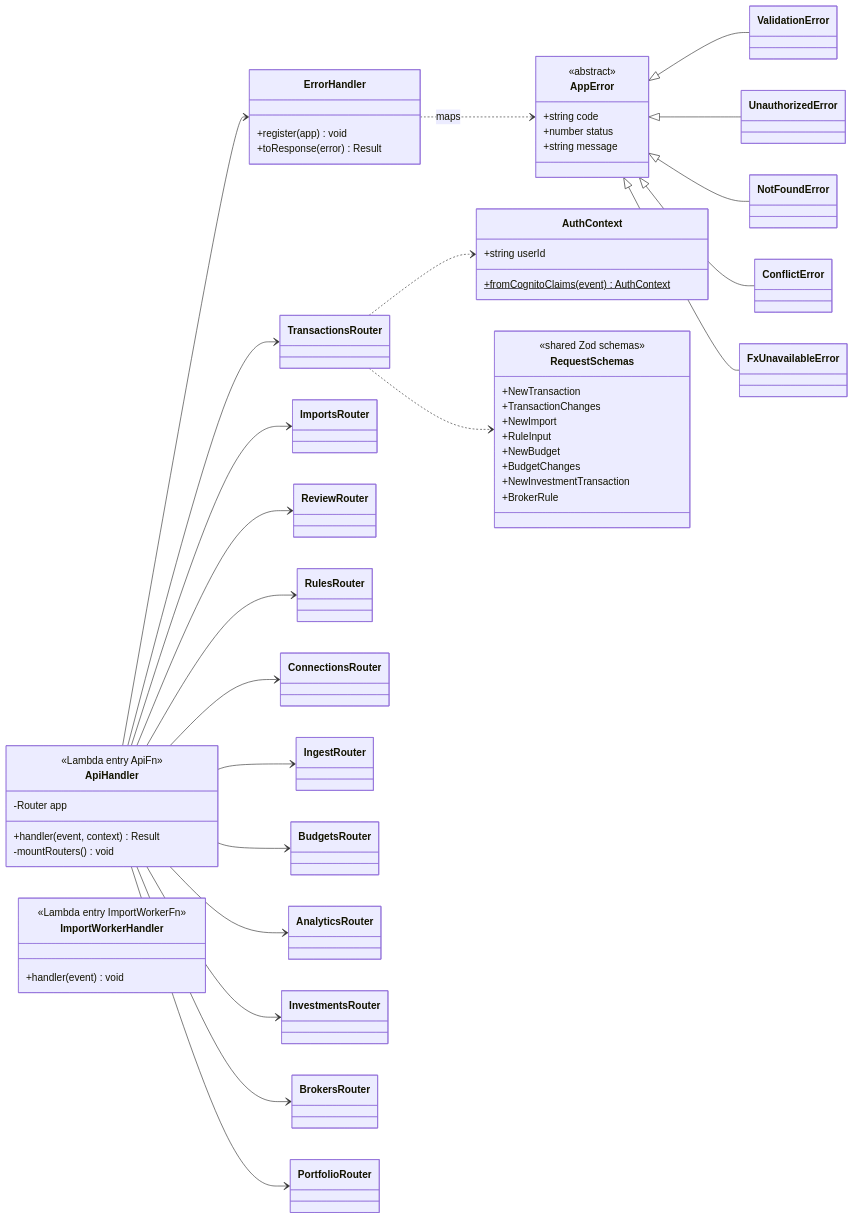
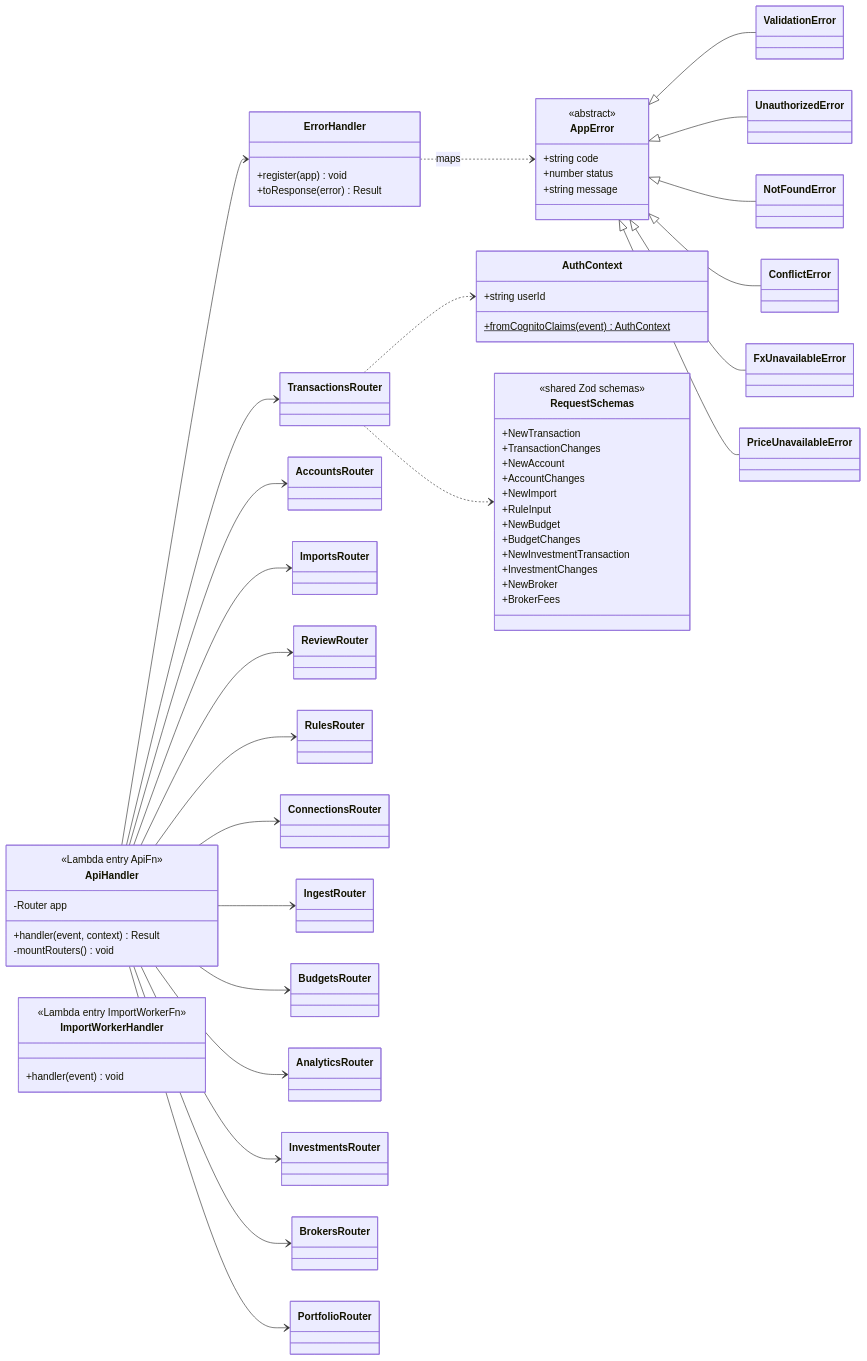
The fourth of 17 diagrams in docs/diagrams/class-diagram.md (Ezequiel294/cs3365-finance-app), drawn with Mermaid before and after one commit. The commit also changed other lines of this file and 15 other files, not shown here.

Commit message:
attempt 2 diagram/architecture changes

```diff
--- a/docs/diagrams/class-diagram.md
+++ b/docs/diagrams/class-diagram.md
@@ -508,18 +709,24 @@
     class NotFoundError
     class ConflictError
     class FxUnavailableError
+    class PriceUnavailableError
     class RequestSchemas {
         <<shared Zod schemas>>
         +NewTransaction
         +TransactionChanges
+        +NewAccount
+        +AccountChanges
         +NewImport
         +RuleInput
         +NewBudget
         +BudgetChanges
         +NewInvestmentTransaction
-        +BrokerRule
+        +InvestmentChanges
+        +NewBroker
+        +BrokerFees
     }
     class TransactionsRouter
+    class AccountsRouter
     class ImportsRouter
     class ReviewRouter
     class RulesRouter
@@ -535,8 +742,10 @@
     AppError <|-- NotFoundError
     AppError <|-- ConflictError
     AppError <|-- FxUnavailableError
+    AppError <|-- PriceUnavailableError
     ApiHandler --> ErrorHandler
     ApiHandler --> TransactionsRouter
+    ApiHandler --> AccountsRouter
     ApiHandler --> ImportsRouter
     ApiHandler --> ReviewRouter
     ApiHandler --> RulesRouter
```
